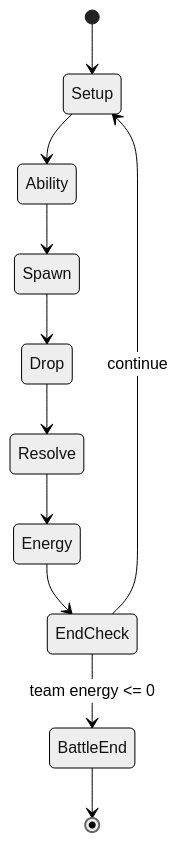
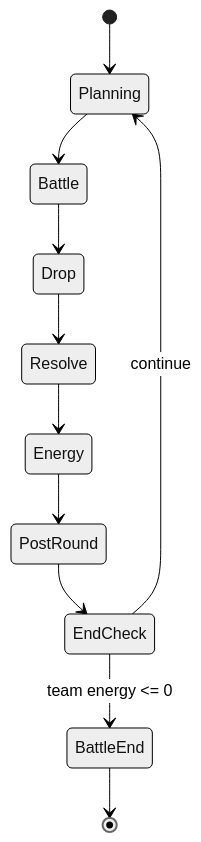
Before and after one commit to Arderku/pawchinko: the second of 4 diagrams in Assets/Docs~/Desgin/PAWCHINKO_DESIGN_GUIDE.md, drawn with Mermaid (neutral theme). The commit also changed other lines of this file and 69 other files, not shown here.

````diff
--- a/Assets/Docs~/Desgin/PAWCHINKO_DESIGN_GUIDE.md
+++ b/Assets/Docs~/Desgin/PAWCHINKO_DESIGN_GUIDE.md
@@ -118,13 +124,13 @@
 ```mermaid
 stateDiagram-v2
-    [*] --> Setup
-    Setup --> Ability
-    Ability --> Spawn
-    Spawn --> Drop
+    [*] --> Planning
+    Planning --> Battle
+    Battle --> Drop
     Drop --> Resolve
     Resolve --> Energy
-    Energy --> EndCheck
-    EndCheck --> Setup: continue
+    Energy --> PostRound
+    PostRound --> EndCheck
+    EndCheck --> Planning: continue
     EndCheck --> BattleEnd: team energy <= 0
     BattleEnd --> [*]
 ```
````
